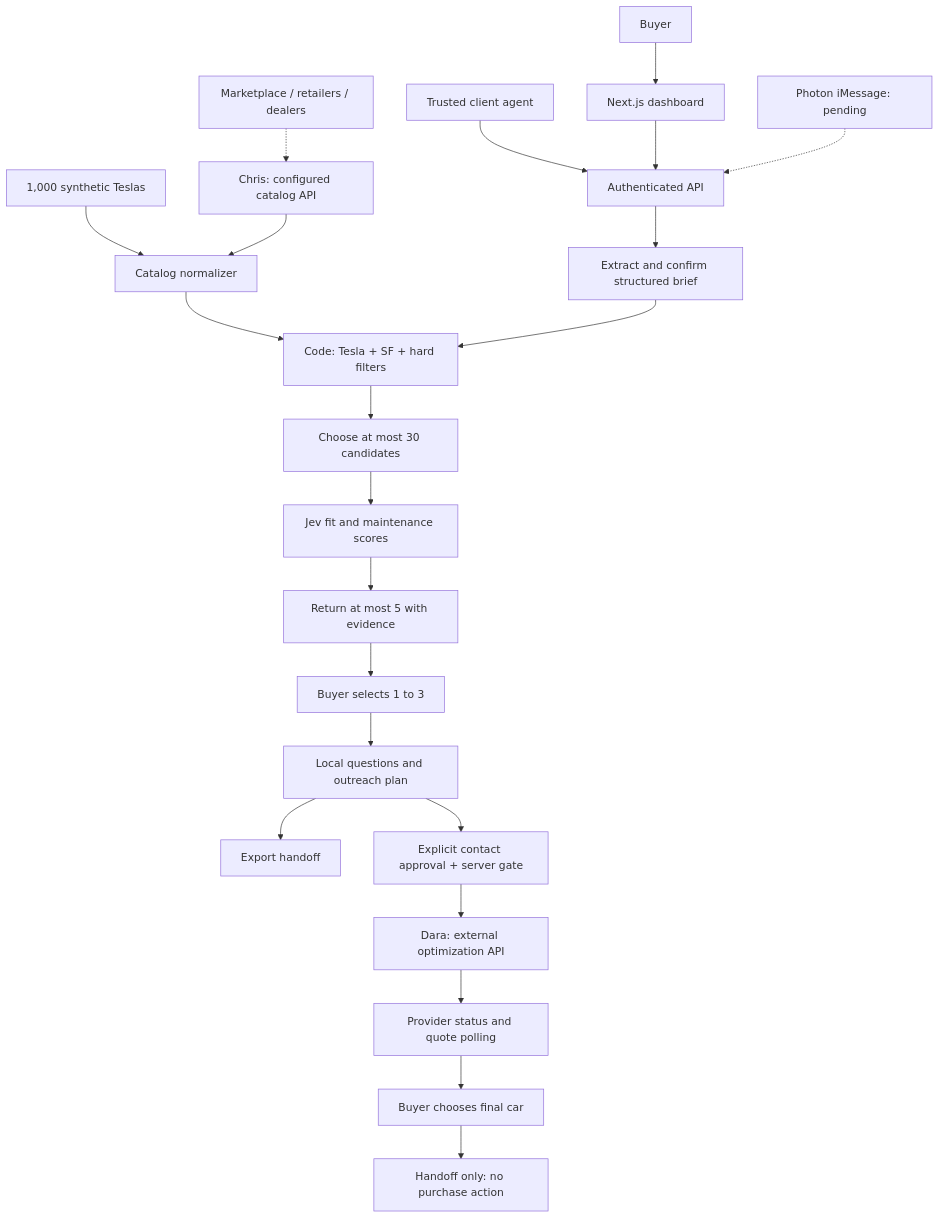
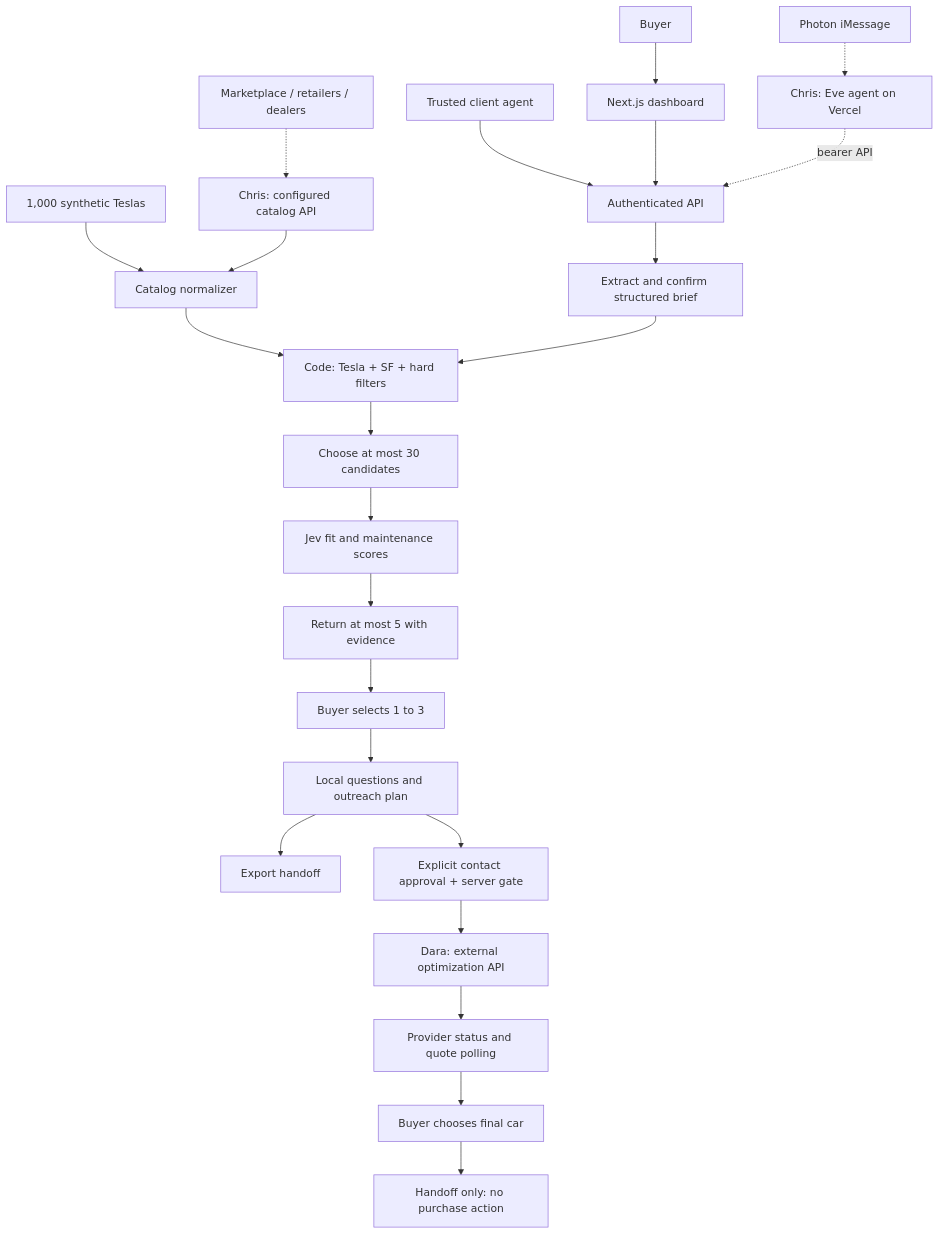
One commit to benikigai/JEVgotiator changed the first of 2 diagrams in BUILD-SPEC.md. Above: the diagram before and after it, drawn with Mermaid. The commit also changed other lines of this file and 10 other files, not shown here.

````diff
--- a/BUILD-SPEC.md
+++ b/BUILD-SPEC.md
@@ -24,24 +24,25 @@
 ```mermaid
 flowchart TD
     Buyer[Buyer] --> Web[Next.js dashboard]
     Client[Trusted client agent] --> API[Authenticated API]
     Web --> API
-    Photon[Photon iMessage: pending] -.-> API
+    Photon[Photon iMessage] -.-> Eve[Chris: Eve agent on Vercel]
+    Eve -. bearer API .-> API
     API --> Brief[Extract and confirm structured brief]
     Fixture[1,000 synthetic Teslas] --> Catalog[Catalog normalizer]
     Chris[Chris: configured catalog API] --> Catalog
     Sources[Marketplace / retailers / dealers] -.-> Chris
     Catalog --> Filter[Code: Tesla + SF + hard filters]
     Brief --> Filter
     Filter --> Cap[Choose at most 30 candidates]
     Cap --> Jev[Jev fit and maintenance scores]
     Jev --> Top[Return at most 5 with evidence]
     Top --> Select[Buyer selects 1 to 3]
     Select --> Plan[Local questions and outreach plan]
     Plan --> Export[Export handoff]
     Plan --> Gate[Explicit contact approval + server gate]
     Gate --> Dara[Dara: external optimization API]
     Dara --> Quotes[Provider status and quote polling]
     Quotes --> Choice[Buyer chooses final car]
     Choice --> Handoff[Handoff only: no purchase action]
 ```
````
